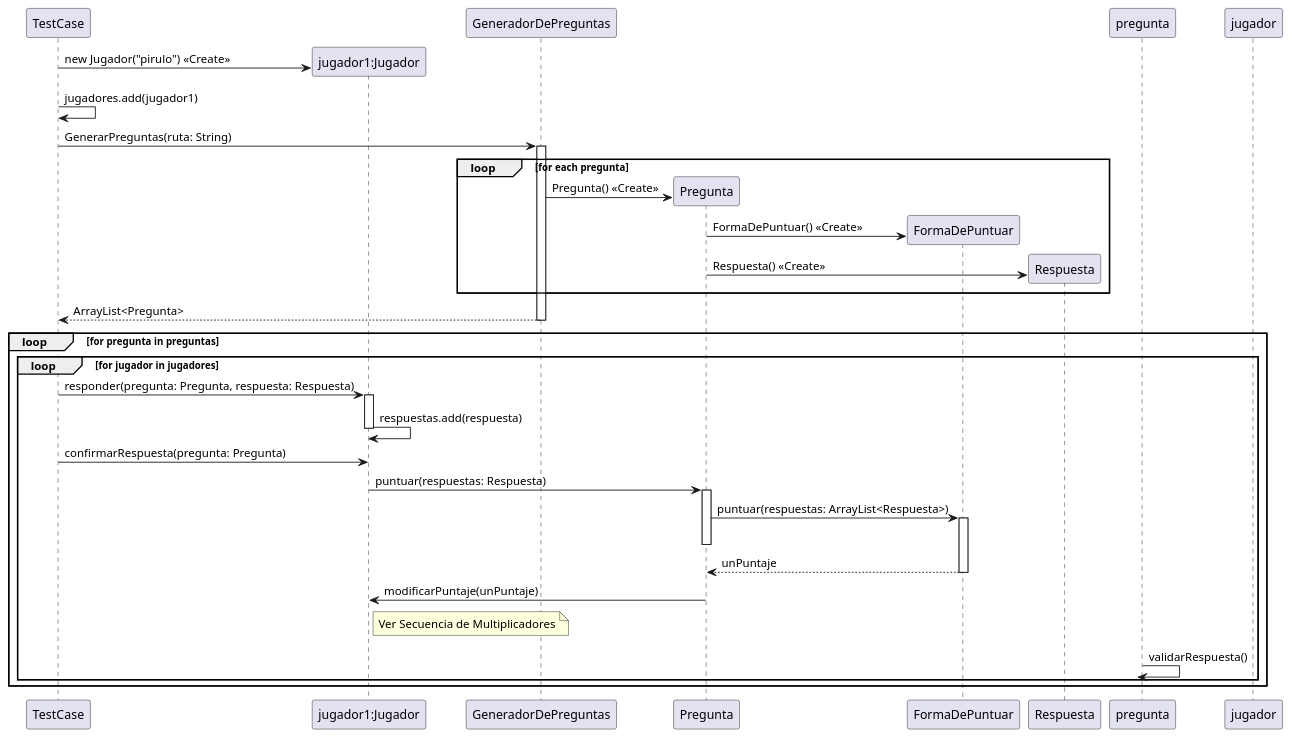
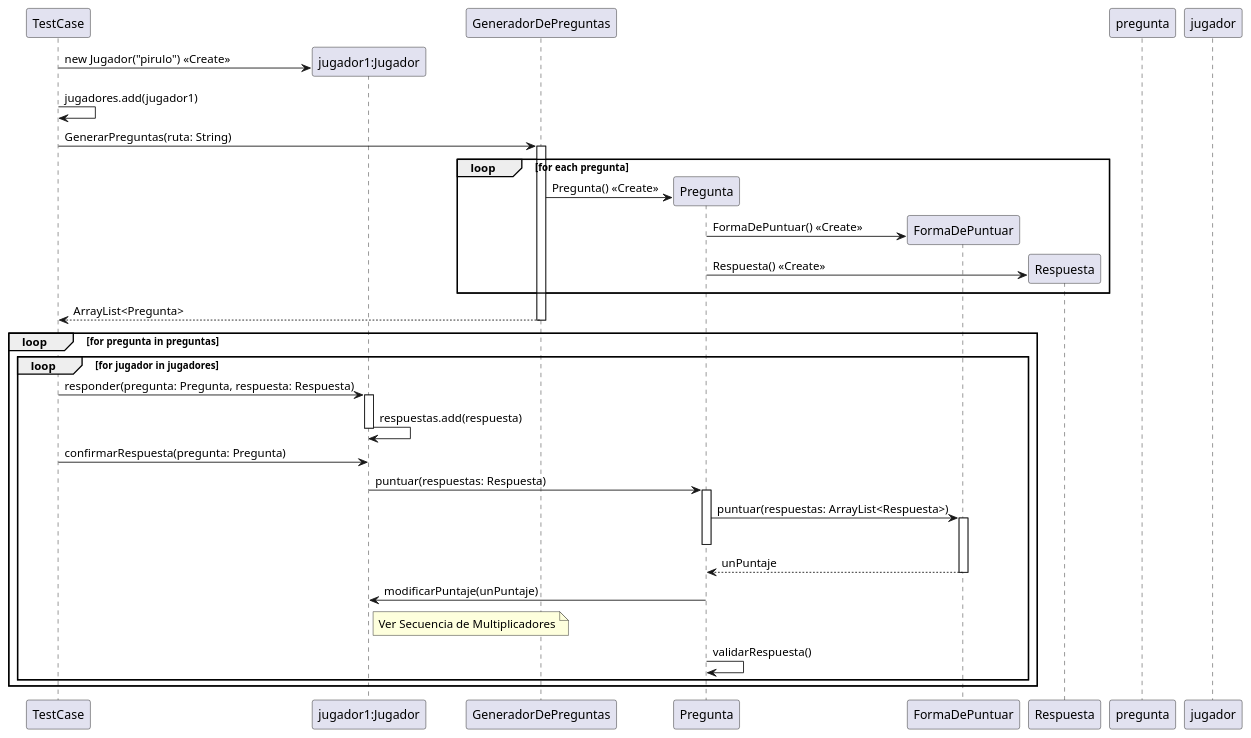
One commit to lorenzocabirta7/TP2-Algoritmos-y-Programacion-III changed the diagram in diagrams/sequences/Secuencia Para una Jugada.puml. Above: the diagram before and after it, drawn with PlantUML. The commit also changed 8 other files, not shown here.

Commit message:
agrego Diagramas

```diff
--- a/diagrams/sequences/Secuencia Para una Jugada.puml
+++ b/diagrams/sequences/Secuencia Para una Jugada.puml
@@ -1,56 +1,57 @@
 @startuml
 'https://plantuml.com/sequence-diagram
 
 Create TestCase
 
 create "jugador1:Jugador"
 TestCase -> "jugador1:Jugador" : new Jugador("pirulo") <<Create>>
 TestCase -> TestCase : jugadores.add(jugador1)
 
 
 
 
 TestCase -> GeneradorDePreguntas : GenerarPreguntas(ruta: String)
 
 activate GeneradorDePreguntas
 loop for each pregunta
     create Pregunta
     GeneradorDePreguntas -> Pregunta : Pregunta() <<Create>>
     create FormaDePuntuar
     Pregunta -> FormaDePuntuar : FormaDePuntuar() <<Create>>
     Create Respuesta
     Pregunta -> Respuesta : Respuesta() <<Create>>
 end
 GeneradorDePreguntas --> TestCase : ArrayList<Pregunta>
 deactivate GeneradorDePreguntas
 
 
 loop for pregunta in preguntas
 
     loop for jugador in jugadores
         TestCase -> "jugador1:Jugador" : responder(pregunta: Pregunta, respuesta: Respuesta)
         activate "jugador1:Jugador"
         "jugador1:Jugador" -> "jugador1:Jugador" : respuestas.add(respuesta)
         deactivate "jugador1:Jugador"
         TestCase -> "jugador1:Jugador" : confirmarRespuesta(pregunta: Pregunta)
         "jugador1:Jugador" -> Pregunta : puntuar(respuestas: Respuesta)
         activate Pregunta
         Pregunta -> FormaDePuntuar : puntuar(respuestas: ArrayList<Respuesta>)
         activate FormaDePuntuar
         deactivate Pregunta
         FormaDePuntuar --> Pregunta: unPuntaje
         deactivate FormaDePuntuar
         Pregunta -> "jugador1:Jugador" : modificarPuntaje(unPuntaje)
 
         note right of "jugador1:Jugador"
             Ver Secuencia de Multiplicadores
         end note
 
-        pregunta -> pregunta : validarRespuesta()
+        Pregunta -> Pregunta : validarRespuesta()
         deactivate pregunta
         deactivate jugador
     end
 
 end
 
+
 @enduml
```
